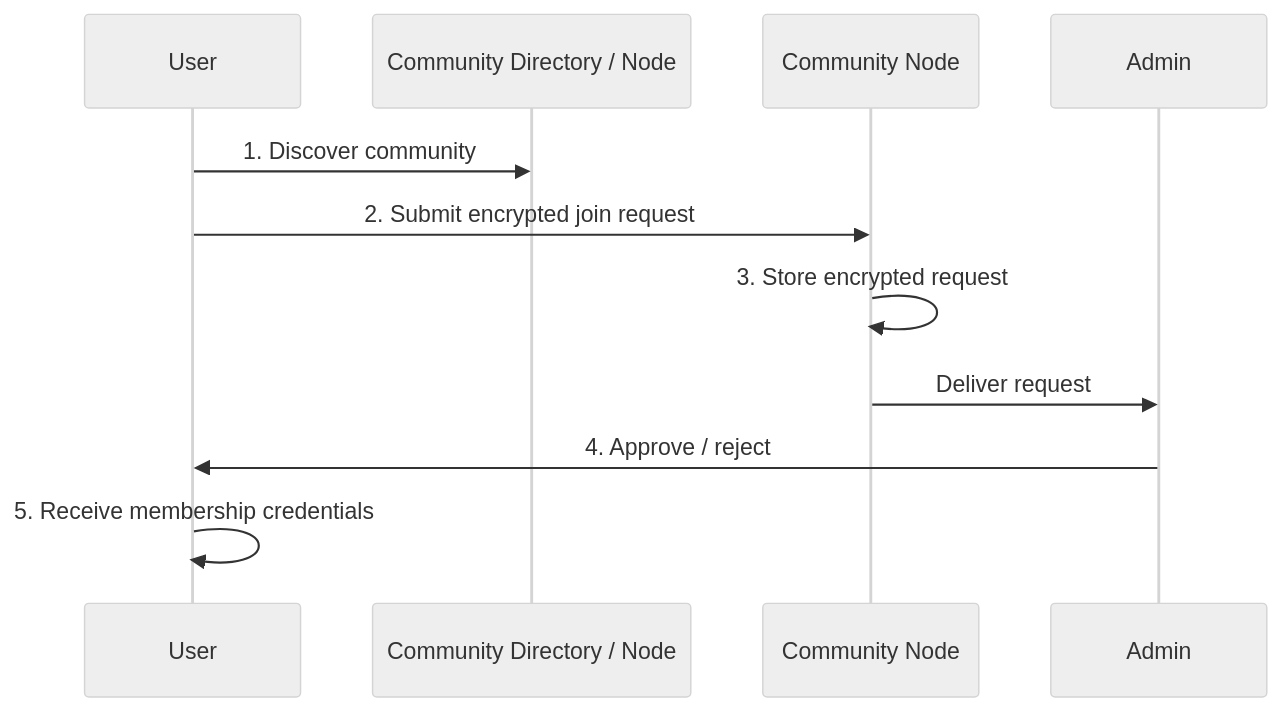
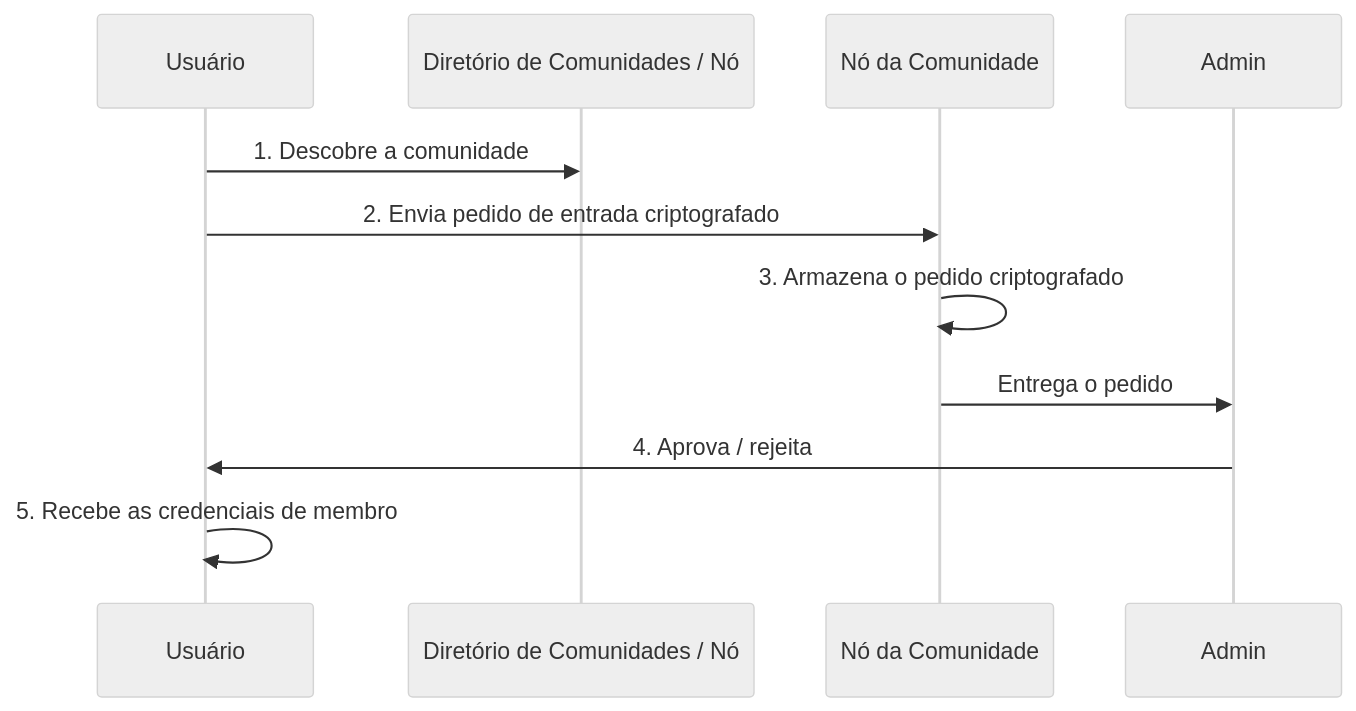
Before and after one commit to hugobessa/vamo-virar: the sixth of 21 diagrams in docs/architecture.md, drawn with Mermaid (neutral theme). The commit also changed other lines of this file and 30 other files, not shown here.

````diff
--- a/docs/architecture.md
+++ b/docs/architecture.md
@@ -256,13 +256,13 @@
 ```mermaid
 sequenceDiagram
-    participant U as User
-    participant D as Community Directory / Node
-    participant N as Community Node
+    participant U as Usuário
+    participant D as Diretório de Comunidades / Nó
+    participant N as Nó da Comunidade
     participant A as Admin
-    U->>D: 1. Discover community
-    U->>N: 2. Submit encrypted join request
-    N->>N: 3. Store encrypted request
-    N->>A: Deliver request
-    A->>U: 4. Approve / reject
-    U->>U: 5. Receive membership credentials
+    U->>D: 1. Descobre a comunidade
+    U->>N: 2. Envia pedido de entrada criptografado
+    N->>N: 3. Armazena o pedido criptografado
+    N->>A: Entrega o pedido
+    A->>U: 4. Aprova / rejeita
+    U->>U: 5. Recebe as credenciais de membro
 ```
````
